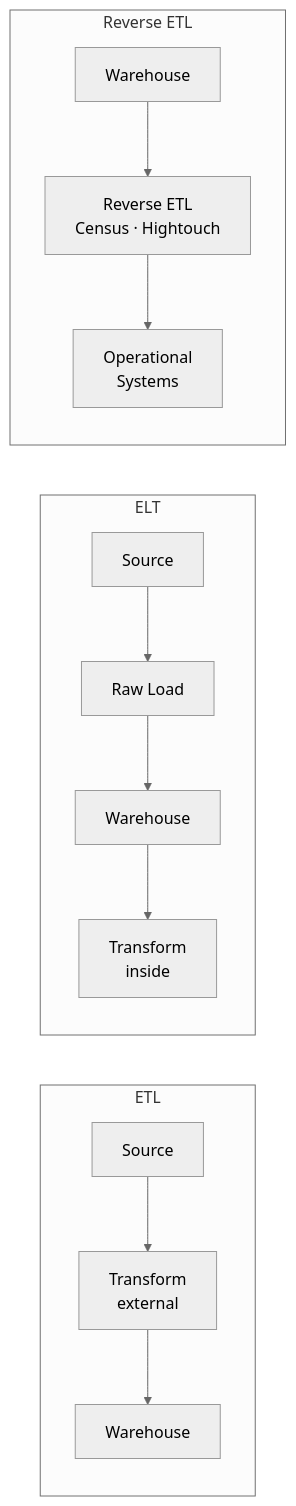
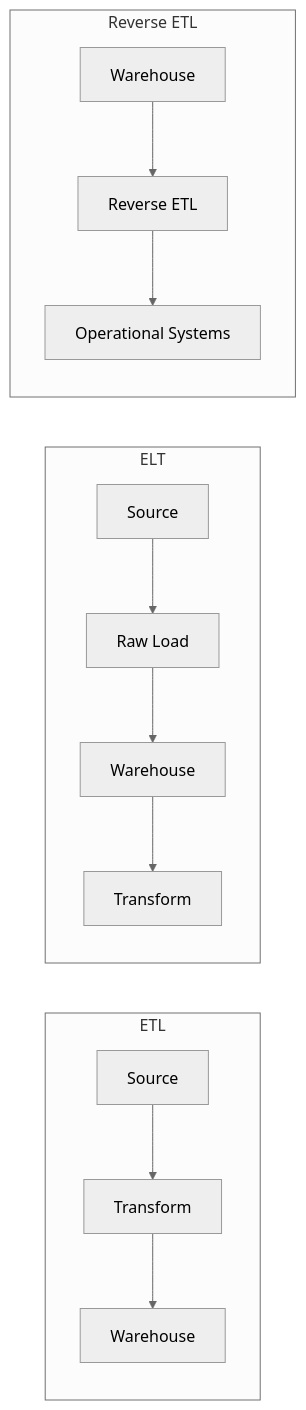
Before and after one commit to gcmishra7/data-engineering-helper: the diagram in 00-foundations/04-data-pipeline-patterns.md, drawn with Mermaid (neutral theme). The commit also changed other lines of this file and 57 other files, not shown here.

First line of the commit message:
Shorten mermaid node labels to fix text truncation on GitHub

````diff
--- a/00-foundations/04-data-pipeline-patterns.md
+++ b/00-foundations/04-data-pipeline-patterns.md
@@ -36,12 +36,12 @@
 ```mermaid
 graph LR
     subgraph ETL
-        S1[Source] --> T1[Transform<br/>external] --> W1[Warehouse]
+        S1[Source] --> T1[Transform] --> W1[Warehouse]
     end
     subgraph ELT
-        S2[Source] --> L2[Raw Load] --> W2[Warehouse] --> T2[Transform<br/>inside]
+        S2[Source] --> L2[Raw Load] --> W2[Warehouse] --> T2[Transform]
     end
     subgraph Reverse ETL
-        W3[Warehouse] --> R3[Reverse ETL<br/>Census · Hightouch] --> O3[Operational<br/>Systems]
+        W3[Warehouse] --> R3[Reverse ETL] --> O3[Operational Systems]
     end
 ```
````
